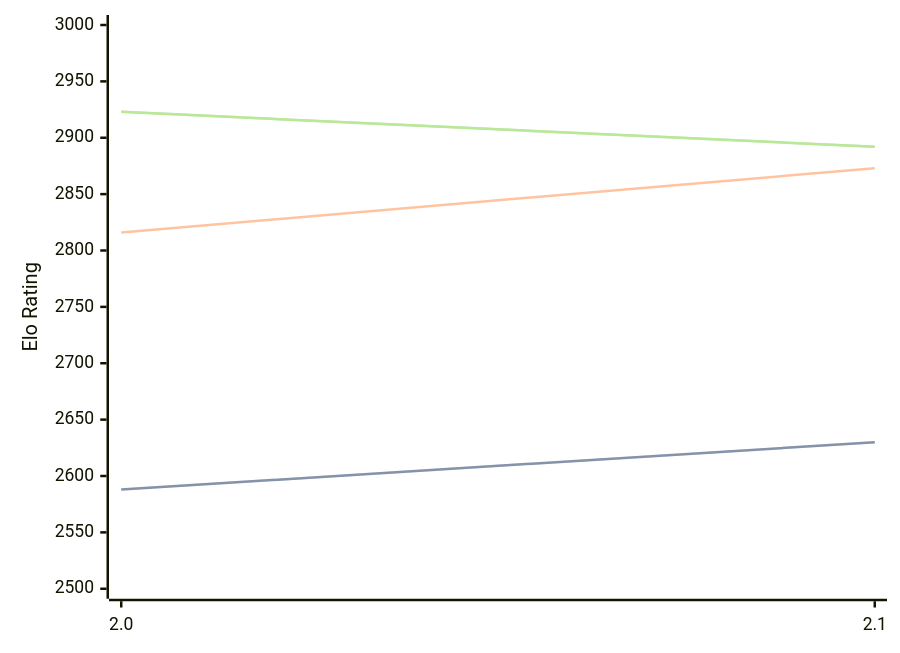
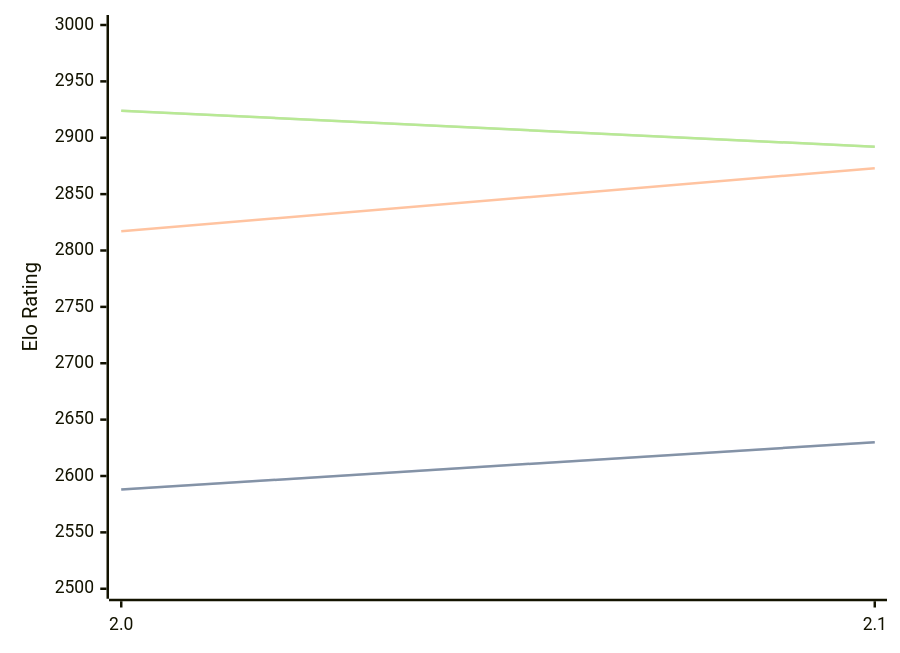
Before and after one commit to computer-chess-index/cci: the third of 3 diagrams in engines/Noggin.md, drawn with Mermaid. The commit also changed other lines of this file, not shown here.

Commit message:
Update CCI Ratings (ELO VLTC) - 2026-07-17

````diff
--- a/engines/Noggin.md
+++ b/engines/Noggin.md
@@ -66,11 +66,11 @@
 ```mermaid
 %%{init: {"theme":"base","themeVariables":{"seriesColors:['#a3a3a3','#222221','#faa371']}}}%%
 xychart-beta
   x-axis ["2.0", "2.1"]
   y-axis "Elo Rating" 2500 --> 3000
   line "STC (8.0+0.08s)" [2588, 2630]
   line "STC (8.0+0.08s)" [2588, 2630]
-  line "LTC (60.0+0.60s)" [2816, 2873]
-  line "VLTC (2m24s+1.12s)" [2923, 2892]
-  line "VLTC (2m24s+1.12s)" [2923, 2892]
+  line "LTC (60.0+0.60s)" [2817, 2873]
+  line "VLTC (2m24s+1.12s)" [2924, 2892]
+  line "VLTC (2m24s+1.12s)" [2924, 2892]
 ```
````
